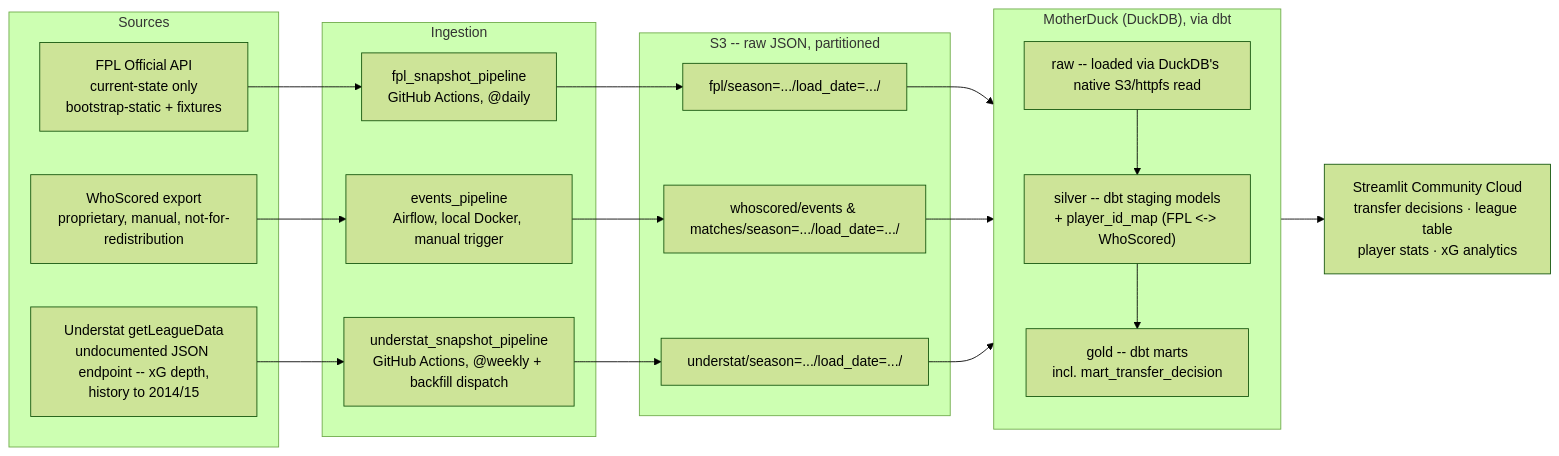
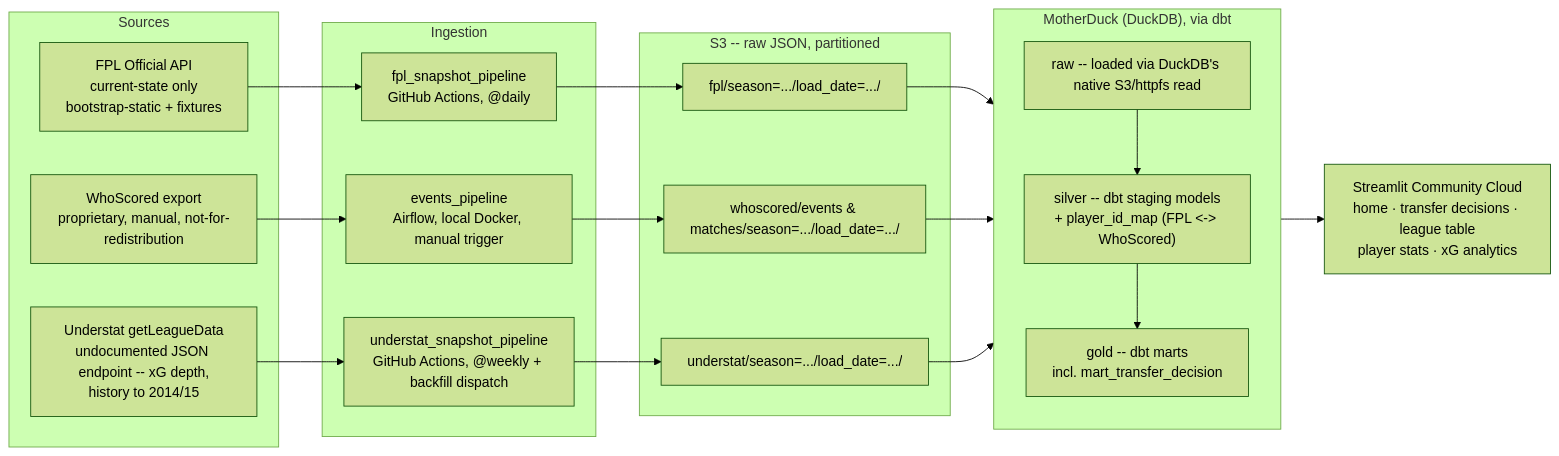
The diagram in docs/architecture.md (liban-osman/premier-league), drawn with Mermaid (forest theme) before and after one commit. The commit also changed other lines of this file and 8 other files, not shown here.

````diff
--- a/docs/architecture.md
+++ b/docs/architecture.md
@@ -10,32 +10,32 @@
 ```mermaid
 flowchart LR
     subgraph Sources
         FPL["FPL Official API<br/>current-state only<br/>bootstrap-static + fixtures"]
         WS["WhoScored export<br/>proprietary, manual, not-for-redistribution"]
         US["Understat getLeagueData<br/>undocumented JSON endpoint -- xG depth,<br/>history to 2014/15"]
     end
 
     subgraph Ingestion["Ingestion"]
         FPL_TASK["fpl_snapshot_pipeline<br/>GitHub Actions, @daily"]
         WS_TASK["events_pipeline<br/>Airflow, local Docker, manual trigger"]
         US_TASK["understat_snapshot_pipeline<br/>GitHub Actions, @weekly + backfill dispatch"]
     end
 
     subgraph Landing["S3 -- raw JSON, partitioned"]
         S3_FPL["fpl/season=.../load_date=.../"]
         S3_WS["whoscored/events & matches/season=.../load_date=.../"]
         S3_US["understat/season=.../load_date=.../"]
     end
 
     subgraph Warehouse["MotherDuck (DuckDB), via dbt"]
         direction TB
         RAW["raw -- loaded via DuckDB's native S3/httpfs read"] --> SILVER["silver -- dbt staging models<br/>+ player_id_map (FPL <-> WhoScored)"] --> GOLD["gold -- dbt marts<br/>incl. mart_transfer_decision"]
     end
 
-    Consumption["Streamlit Community Cloud<br/>transfer decisions · league table<br/>player stats · xG analytics"]
+    Consumption["Streamlit Community Cloud<br/>home · transfer decisions · league table<br/>player stats · xG analytics"]
 
     FPL --> FPL_TASK --> S3_FPL --> RAW
     WS --> WS_TASK --> S3_WS --> RAW
     US --> US_TASK --> S3_US --> RAW
     GOLD --> Consumption
 ```
````
